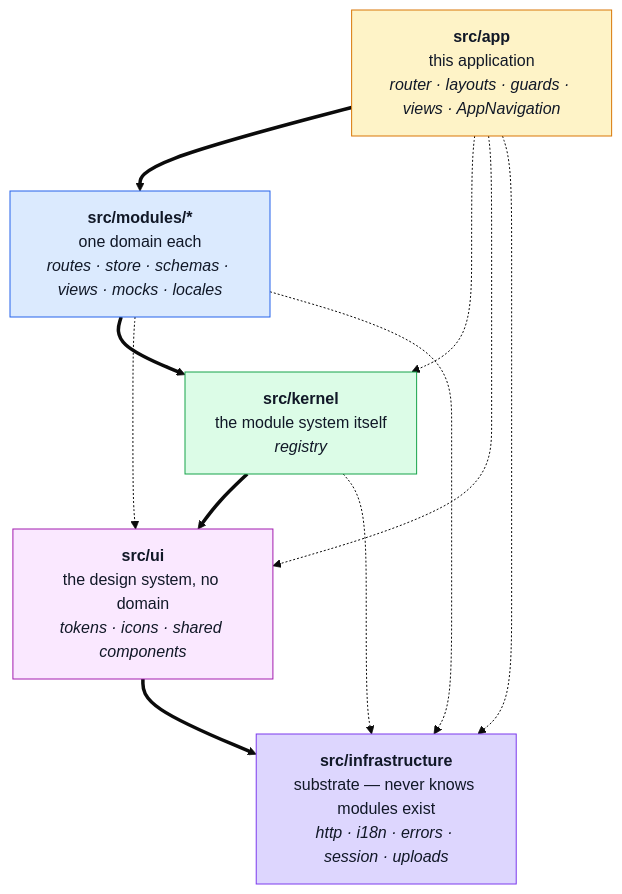
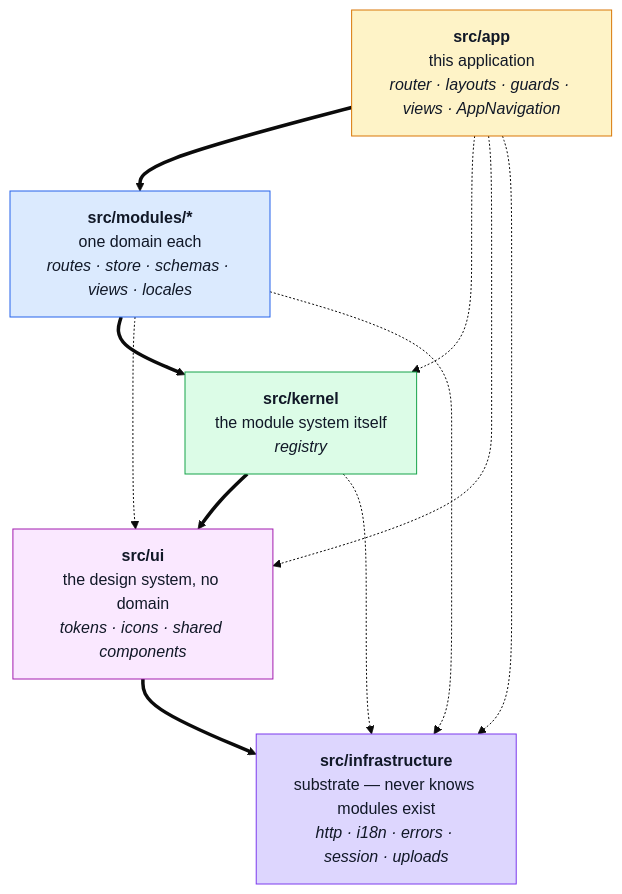
One commit to Guebbit/boilerplate-vue-frontend changed the diagram in docs/theory/modules.md. Above: the diagram before and after it, drawn with Mermaid (base theme). The commit also changed other lines of this file and 104 other files, not shown here.

````diff
--- a/docs/theory/modules.md
+++ b/docs/theory/modules.md
@@ -18,28 +18,28 @@
 ```mermaid
 %%{init: {'flowchart': {'nodeSpacing': 50, 'rankSpacing': 55}}}%%
 flowchart TD
     A["<b>src/app</b><br/>this application<br/><i>router · layouts · guards · views · AppNavigation</i>"]
-    M["<b>src/modules/*</b><br/>one domain each<br/><i>routes · store · schemas · views · mocks · locales</i>"]
+    M["<b>src/modules/*</b><br/>one domain each<br/><i>routes · store · schemas · views · locales</i>"]
     P["<b>src/kernel</b><br/>the module system itself<br/><i>registry</i>"]
     U["<b>src/ui</b><br/>the design system, no domain<br/><i>tokens · icons · shared components</i>"]
     C["<b>src/infrastructure</b><br/>substrate — never knows modules exist<br/><i>http · i18n · errors · session · uploads</i>"]
 
     A ==> M ==> P ==> U ==> C
     A -.-> P
     A -.-> U
     A -.-> C
     M -.-> U
     M -.-> C
     P -.-> C
 
     classDef app fill:#fef3c7,stroke:#d97706,color:#111827;
     classDef domain fill:#dbeafe,stroke:#2563eb,color:#111827;
     classDef plat fill:#dcfce7,stroke:#16a34a,color:#111827;
     classDef ui fill:#fae8ff,stroke:#a21caf,color:#111827;
     classDef core fill:#ddd6fe,stroke:#7c3aed,color:#111827;
     class A app;
     class M domain;
     class P plat;
     class U ui;
     class C core;
 ```
````
